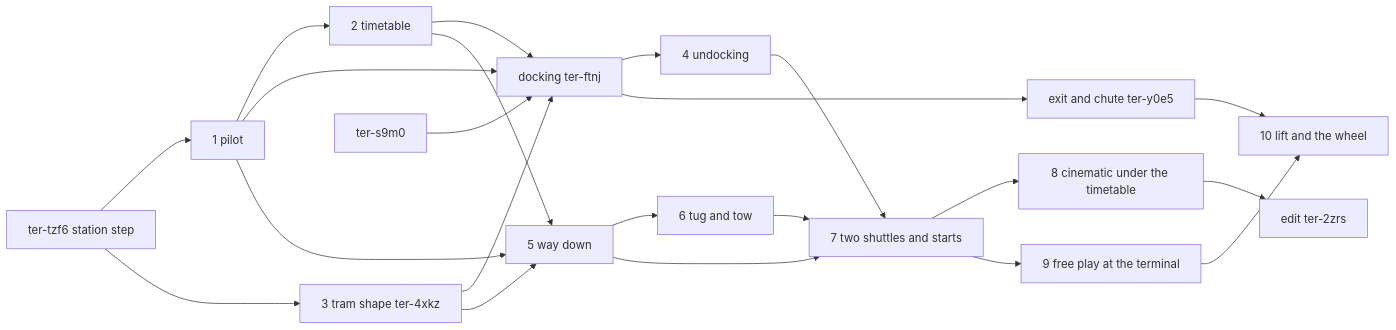
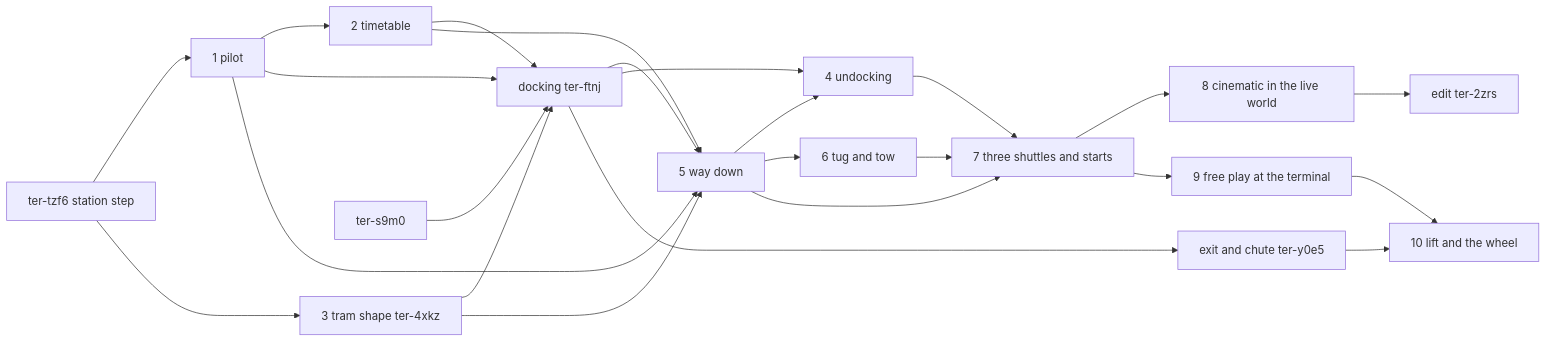
One commit to alexispurslane/tertius changed the third of 3 diagrams in docs/plans/live-world.md. Above: the diagram before and after it, drawn with Mermaid. The commit also changed other lines of this file, not shown here.

First line of the commit message:
ter-0pvs: the live world design with three shuttles, and the review's fixes

````diff
--- a/docs/plans/live-world.md
+++ b/docs/plans/live-world.md
@@ -852,24 +1087,26 @@
 ```mermaid
 graph LR
     TZF6[ter-tzf6 station step] --> P1[1 pilot]
     TZF6 --> P3[3 tram shape ter-4xkz]
     P1 --> P2[2 timetable]
     P1 --> FTNJ[docking ter-ftnj]
     P2 --> FTNJ
     P3 --> FTNJ
     S9M0[ter-s9m0] --> FTNJ
-    FTNJ --> P4[4 undocking]
-    P1 --> P5[5 way down]
+    FTNJ --> P5[5 way down]
+    P1 --> P5
     P2 --> P5
     P3 --> P5
+    FTNJ --> P4[4 undocking]
+    P5 --> P4
     P5 --> P6[6 tug and tow]
-    P4 --> P7[7 two shuttles and starts]
+    P4 --> P7[7 three shuttles and starts]
     P5 --> P7
     P6 --> P7
-    P7 --> P8[8 cinematic under the timetable]
+    P7 --> P8[8 cinematic in the live world]
     P7 --> P9[9 free play at the terminal]
     FTNJ --> Y0E5[exit and chute ter-y0e5]
     P9 --> P10[10 lift and the wheel]
     Y0E5 --> P10
     P8 --> T2ZRS[edit ter-2zrs]
 ```
````
